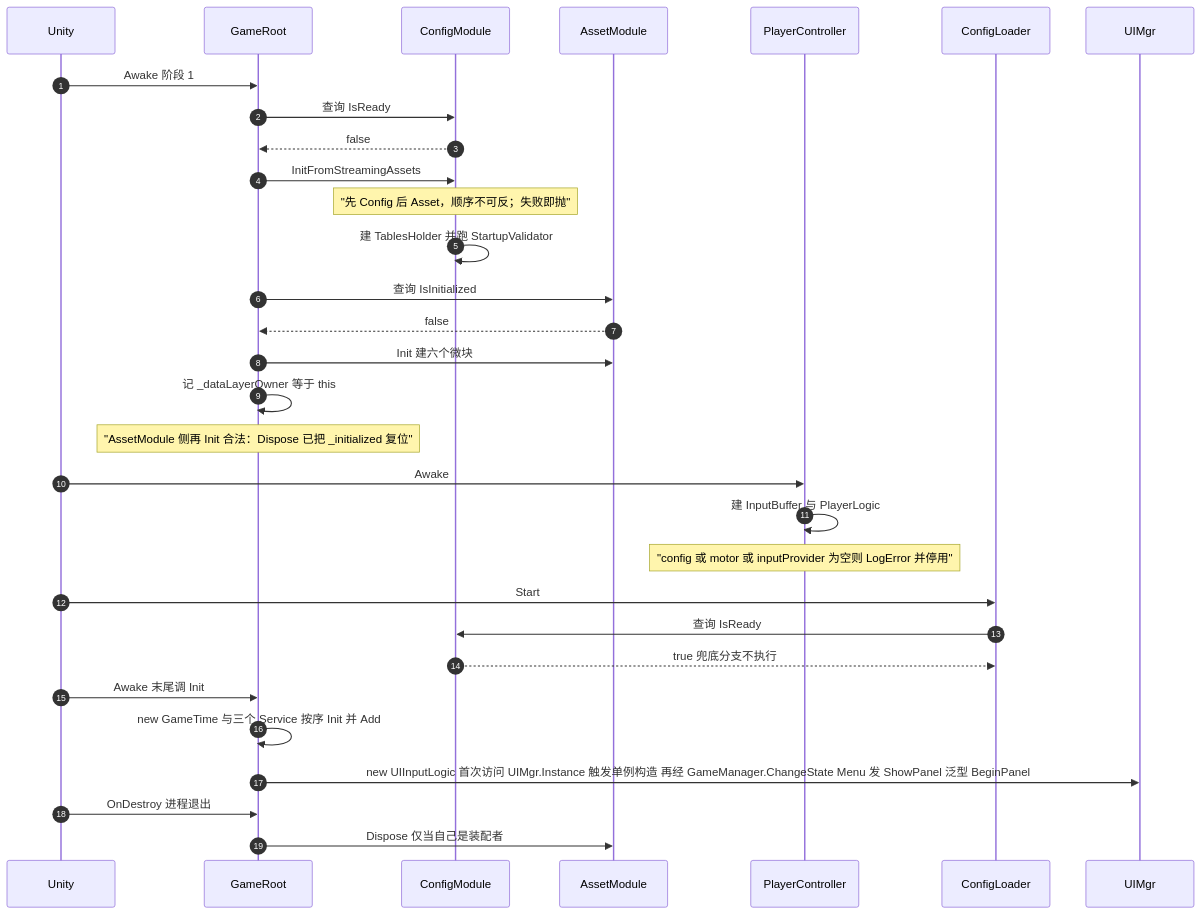
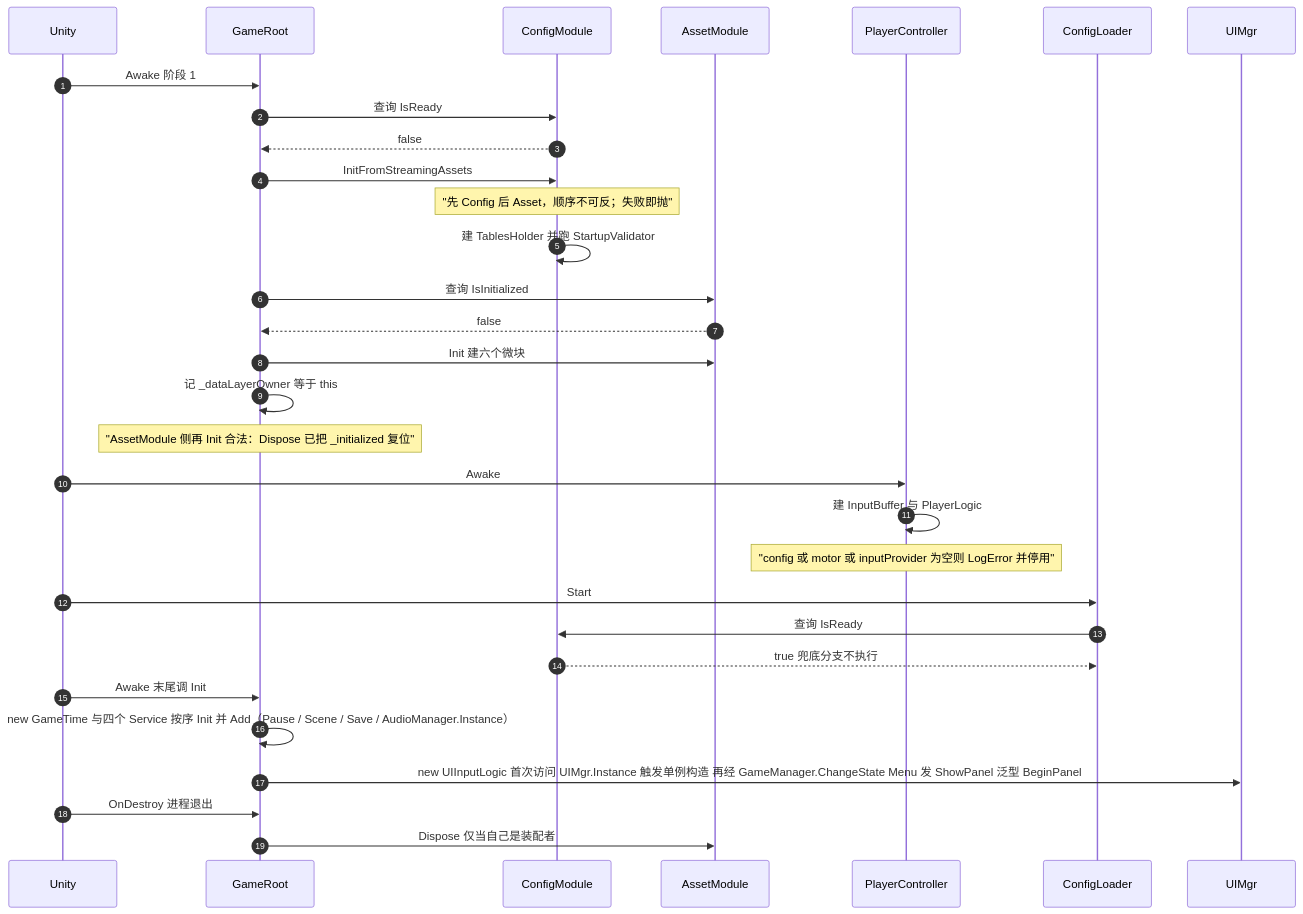
One commit to 5FYZhou/deepseaoil changed the seventh of 16 diagrams in Docs/框架设计/架构图集.md. Above: the diagram before and after it, drawn with Mermaid. The commit also changed other lines of this file and 45 other files, not shown here.

````diff
--- a/Docs/框架设计/架构图集.md
+++ b/Docs/框架设计/架构图集.md
@@ -328,33 +323,33 @@
 ```mermaid
 sequenceDiagram
     autonumber
     participant U as Unity
     participant GR as GameRoot
     participant CM as ConfigModule
     participant AM as AssetModule
     participant PC as PlayerController
     participant CL as ConfigLoader
     participant UI as UIMgr
     U->>GR: Awake 阶段 1
     GR->>CM: 查询 IsReady
     CM-->>GR: false
     GR->>CM: InitFromStreamingAssets
     Note over CM: "先 Config 后 Asset，顺序不可反；失败即抛"
     CM->>CM: 建 TablesHolder 并跑 StartupValidator
     GR->>AM: 查询 IsInitialized
     AM-->>GR: false
     GR->>AM: Init 建六个微块
     GR->>GR: 记 _dataLayerOwner 等于 this
     Note over GR: "AssetModule 侧再 Init 合法：Dispose 已把 _initialized 复位"
     U->>PC: Awake
     PC->>PC: 建 InputBuffer 与 PlayerLogic
     Note over PC: "config 或 motor 或 inputProvider 为空则 LogError 并停用"
     U->>CL: Start
     CL->>CM: 查询 IsReady
     CM-->>CL: true 兜底分支不执行
     U->>GR: Awake 末尾调 Init
-    GR->>GR: new GameTime 与三个 Service 按序 Init 并 Add
+    GR->>GR: new GameTime 与四个 Service 按序 Init 并 Add（Pause / Scene / Save / AudioManager.Instance）
     GR->>UI: new UIInputLogic 首次访问 UIMgr.Instance 触发单例构造 再经 GameManager.ChangeState Menu 发 ShowPanel 泛型 BeginPanel
     U->>GR: OnDestroy 进程退出
     GR->>AM: Dispose 仅当自己是装配者
 ```
````
